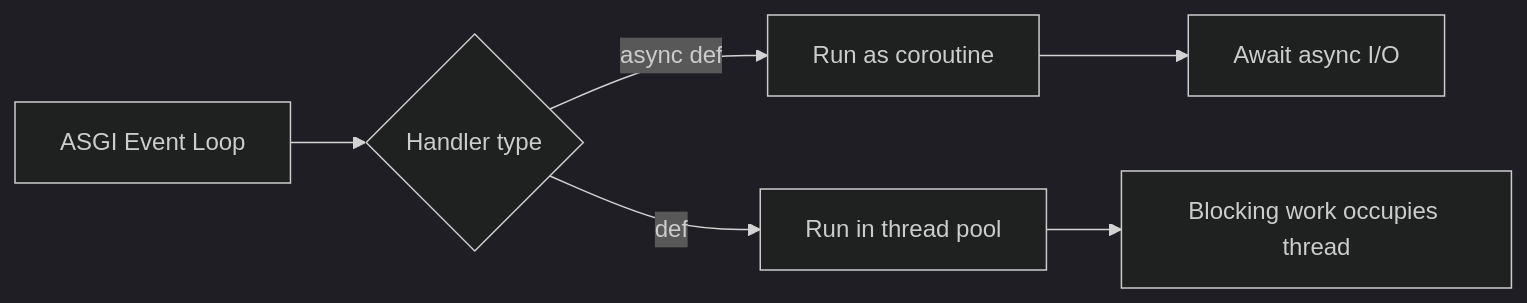
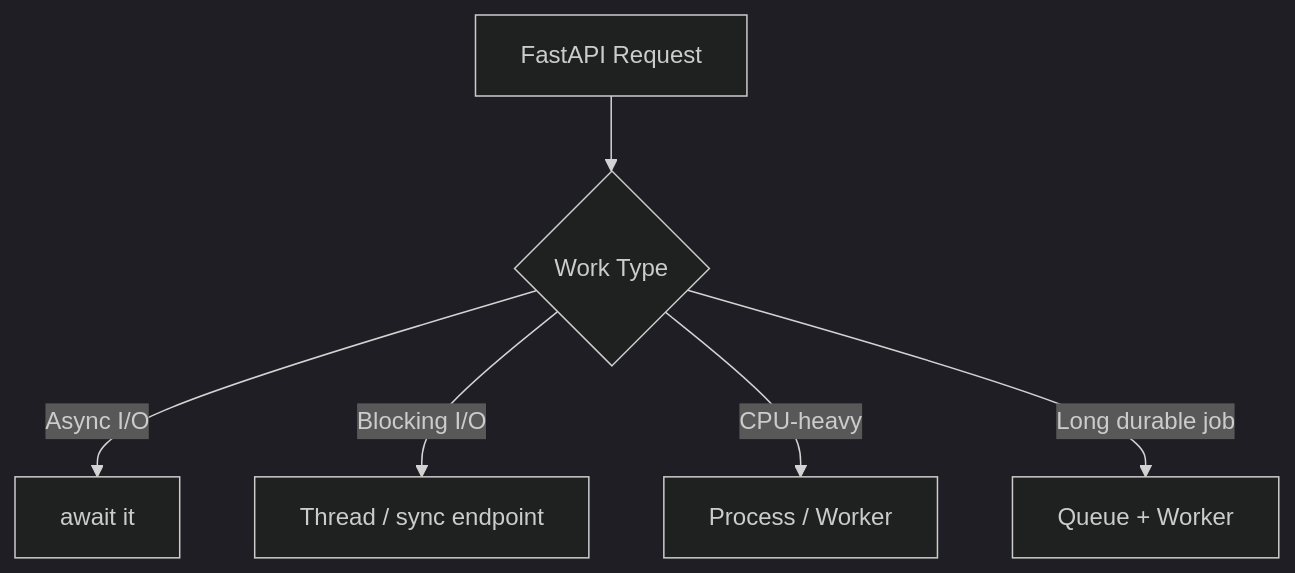
Before and after one commit to AvadhBhalodiya/Interview-Preparation: the sixth of 8 diagrams in src/content/fastapi/async-endpoints.md, drawn with Mermaid (dark theme). The commit also changed other lines of this file and 80 other files, not shown here.

````diff
--- a/src/content/fastapi/async-endpoints.md
+++ b/src/content/fastapi/async-endpoints.md
@@ -835,8 +367,8 @@
 ```mermaid
-flowchart LR
-    A[ASGI Event Loop] --> B{Handler type}
-    B -->|async def| C[Run as coroutine]
-    B -->|def| D[Run in thread pool]
-    C --> E[Await async I/O]
-    D --> F[Blocking work occupies thread]
+flowchart TD
+    A[FastAPI Request] --> B{Work Type}
+    B -->|Async I/O| C[await it]
+    B -->|Blocking I/O| D[Thread / sync endpoint]
+    B -->|CPU-heavy| E[Process / Worker]
+    B -->|Long durable job| F[Queue + Worker]
 ```
````
